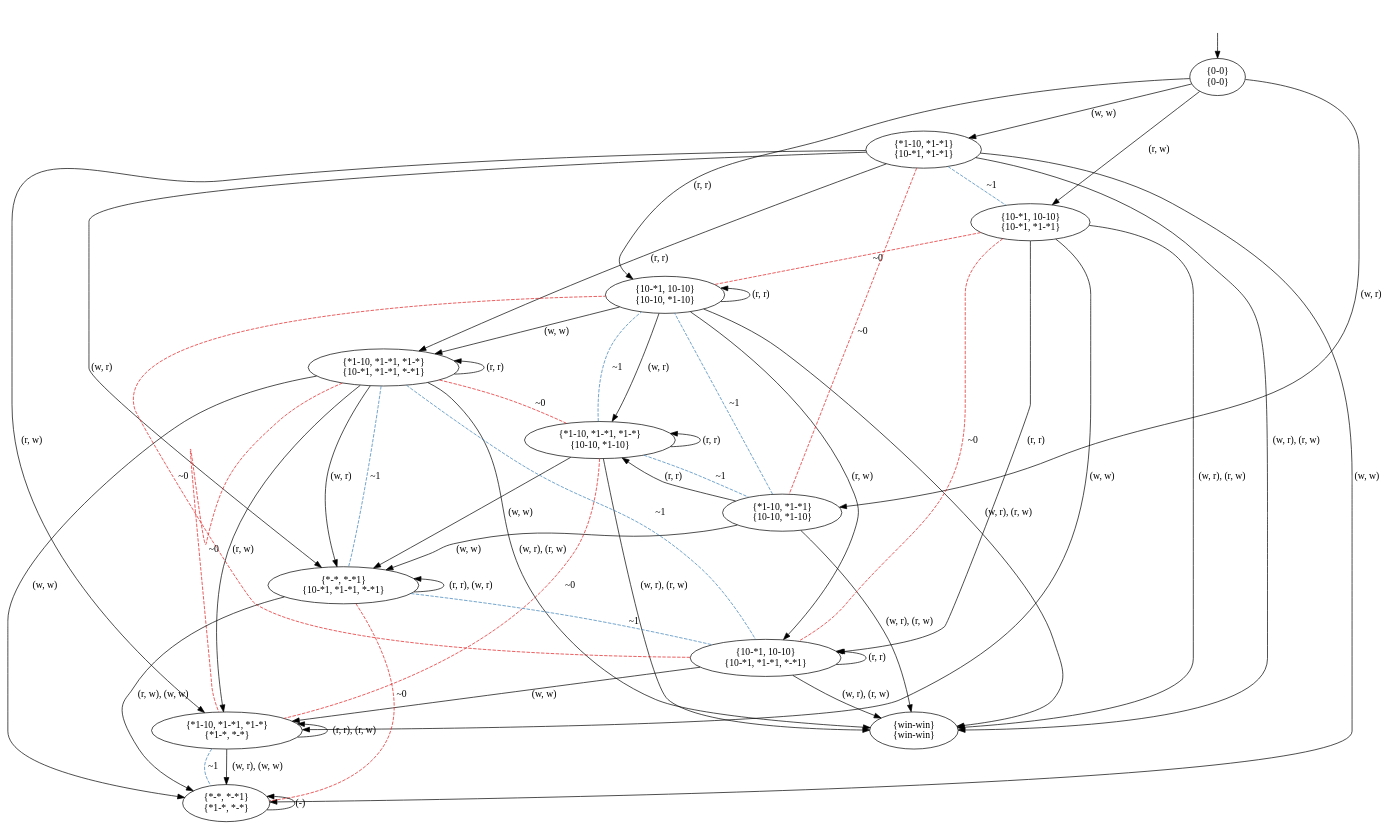
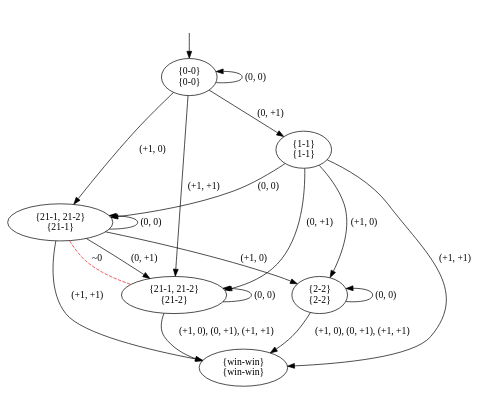
One commit to olandr/mkbsc changed the diagram in pictures/GK2.dot. Above: the diagram before and after it, drawn with Graphviz. The commit also changed 6 other files, not shown here.

```diff
--- a/pictures/GK2.dot
+++ b/pictures/GK2.dot
@@ -1,72 +1,31 @@
 digraph  {
 concentrate=False;
 nodesep=0.5;
 ranksep=0.5;
 splines=True;
-4579909472 [label="{0-0}\n{0-0}"];
-4579909584 [label="{10-*1, 10-10}\n{10-10, *1-10}"];
-4579907008 [label="{*1-10, *1-*1}\n{10-10, *1-10}"];
-4579909024 [label="{10-*1, 10-10}\n{10-*1, *1-*1}"];
-4579907848 [label="{*1-10, *1-*1}\n{10-*1, *1-*1}"];
-4579908632 [label="{win-win}\n{win-win}"];
-4579907232 [label="{*1-10, *1-*1, *1-*}\n{10-10, *1-10}"];
-4579908800 [label="{10-*1, 10-10}\n{10-*1, *1-*1, *-*1}"];
-4579909136 [label="{*1-10, *1-*1, *1-*}\n{10-*1, *1-*1, *-*1}"];
-4579907512 [label="{*-*, *-*1}\n{10-*1, *1-*1, *-*1}"];
-4577150008 [label="{*1-10, *1-*1, *1-*}\n{*1-*, *-*}"];
-4579893824 [label="{*-*, *-*1}\n{*1-*, *-*}"];
+4477557112 [label="{0-0}\n{0-0}"];
+4477558176 [label="{21-1, 21-2}\n{21-1}"];
+4477556440 [label="{1-1}\n{1-1}"];
+4477555824 [label="{21-1, 21-2}\n{21-2}"];
+4477557728 [label="{2-2}\n{2-2}"];
+4477555768 [label="{win-win}\n{win-win}"];
 hidden [label="", shape=none];
-4579909472 -> 4579909584  [action="('r', 'r')", key="('r', 'r')", label="(r, r)"];
-4579909472 -> 4579907008  [action="('w', 'r')", key="('w', 'r')", label="(w, r)"];
-4579909472 -> 4579909024  [action="('r', 'w')", key="('r', 'w')", label="(r, w)"];
-4579909472 -> 4579907848  [action="('w', 'w')", key="('w', 'w')", label="(w, w)"];
-4579909584 -> 4579909584  [action="('r', 'r')", dir=back, key="('r', 'r')", label="(r, r)"];
-4579909584 -> 4579907232  [action="('w', 'r')", key="('w', 'r')", label="(w, r)"];
-4579909584 -> 4579908800  [action="('r', 'w')", key="('r', 'w')", label="(r, w)"];
-4579909584 -> 4579909136  [action="('w', 'w')", key="('w', 'w')", label="(w, w)"];
-4579909584 -> 4579908632  [action="(('w', 'r'), ('r', 'w'))", key="(('w', 'r'), ('r', 'w'))", label="(w, r), (r, w)"];
-4579907008 -> 4579907232  [action="('r', 'r')", key="('r', 'r')", label="(r, r)"];
-4579907008 -> 4579907512  [action="('w', 'w')", key="('w', 'w')", label="(w, w)"];
-4579907008 -> 4579908632  [action="(('w', 'r'), ('r', 'w'))", key="(('w', 'r'), ('r', 'w'))", label="(w, r), (r, w)"];
-4579907008 -> 4579909584  [arrowhead=none, color=2, colorscheme=set19, constraint=True, key=0, label="~1", style=dashed];
-4579909024 -> 4579908800  [action="('r', 'r')", key="('r', 'r')", label="(r, r)"];
-4579909024 -> 4579908800  [arrowhead=none, color=1, colorscheme=set19, constraint=True, key=1, label="~0", style=dashed];
-4579909024 -> 4577150008  [action="('w', 'w')", key="('w', 'w')", label="(w, w)"];
-4579909024 -> 4579908632  [action="(('w', 'r'), ('r', 'w'))", key="(('w', 'r'), ('r', 'w'))", label="(w, r), (r, w)"];
-4579909024 -> 4579909584  [arrowhead=none, color=1, colorscheme=set19, constraint=True, key=0, label="~0", style=dashed];
-4579907848 -> 4579909136  [action="('r', 'r')", key="('r', 'r')", label="(r, r)"];
-4579907848 -> 4579907512  [action="('w', 'r')", key="('w', 'r')", label="(w, r)"];
-4579907848 -> 4577150008  [action="('r', 'w')", key="('r', 'w')", label="(r, w)"];
-4579907848 -> 4579893824  [action="('w', 'w')", key="('w', 'w')", label="(w, w)"];
-4579907848 -> 4579908632  [action="(('w', 'r'), ('r', 'w'))", key="(('w', 'r'), ('r', 'w'))", label="(w, r), (r, w)"];
-4579907848 -> 4579907008  [arrowhead=none, color=1, colorscheme=set19, constraint=True, key=0, label="~0", style=dashed];
-4579907848 -> 4579909024  [arrowhead=none, color=2, colorscheme=set19, constraint=True, key=0, label="~1", style=dashed];
-4579907232 -> 4579907232  [action="('r', 'r')", dir=back, key="('r', 'r')", label="(r, r)"];
-4579907232 -> 4579907512  [action="('w', 'w')", key="('w', 'w')", label="(w, w)"];
-4579907232 -> 4579908632  [action="(('w', 'r'), ('r', 'w'))", key="(('w', 'r'), ('r', 'w'))", label="(w, r), (r, w)"];
-4579907232 -> 4577150008  [arrowhead=none, color=1, colorscheme=set19, constraint=True, key=0, label="~0", style=dashed];
-4579907232 -> 4579907008  [arrowhead=none, color=2, colorscheme=set19, constraint=True, key=0, label="~1", style=dashed];
-4579907232 -> 4579909584  [arrowhead=none, color=2, colorscheme=set19, constraint=True, key=0, label="~1", style=dashed];
-4579908800 -> 4579908800  [action="('r', 'r')", dir=back, key="('r', 'r')", label="(r, r)"];
-4579908800 -> 4577150008  [action="('w', 'w')", key="('w', 'w')", label="(w, w)"];
-4579908800 -> 4579908632  [action="(('w', 'r'), ('r', 'w'))", key="(('w', 'r'), ('r', 'w'))", label="(w, r), (r, w)"];
-4579908800 -> 4579909584  [arrowhead=none, color=1, colorscheme=set19, constraint=True, key=0, label="~0", style=dashed];
-4579909136 -> 4579909136  [action="('r', 'r')", dir=back, key="('r', 'r')", label="(r, r)"];
-4579909136 -> 4579907512  [action="('w', 'r')", key="('w', 'r')", label="(w, r)"];
-4579909136 -> 4579907512  [arrowhead=none, color=2, colorscheme=set19, constraint=True, key=1, label="~1", style=dashed];
-4579909136 -> 4577150008  [action="('r', 'w')", key="('r', 'w')", label="(r, w)"];
-4579909136 -> 4577150008  [arrowhead=none, color=1, colorscheme=set19, constraint=True, key=1, label="~0", style=dashed];
-4579909136 -> 4579893824  [action="('w', 'w')", key="('w', 'w')", label="(w, w)"];
-4579909136 -> 4579908632  [action="(('w', 'r'), ('r', 'w'))", key="(('w', 'r'), ('r', 'w'))", label="(w, r), (r, w)"];
-4579909136 -> 4579907232  [arrowhead=none, color=1, colorscheme=set19, constraint=True, key=0, label="~0", style=dashed];
-4579909136 -> 4579908800  [arrowhead=none, color=2, colorscheme=set19, constraint=True, key=0, label="~1", style=dashed];
-4579907512 -> 4579907512  [action="(('r', 'r'), ('w', 'r'))", dir=back, key="(('r', 'r'), ('w', 'r'))", label="(r, r), (w, r)"];
-4579907512 -> 4579893824  [action="(('r', 'w'), ('w', 'w'))", key="(('r', 'w'), ('w', 'w'))", label="(r, w), (w, w)"];
-4579907512 -> 4579893824  [arrowhead=none, color=1, colorscheme=set19, constraint=True, key=1, label="~0", style=dashed];
-4579907512 -> 4579908800  [arrowhead=none, color=2, colorscheme=set19, constraint=True, key=0, label="~1", style=dashed];
-4577150008 -> 4577150008  [action="(('r', 'r'), ('r', 'w'))", dir=back, key="(('r', 'r'), ('r', 'w'))", label="(r, r), (r, w)"];
-4577150008 -> 4579893824  [action="(('w', 'r'), ('w', 'w'))", key="(('w', 'r'), ('w', 'w'))", label="(w, r), (w, w)"];
-4577150008 -> 4579893824  [arrowhead=none, color=2, colorscheme=set19, constraint=True, key=1, label="~1", style=dashed];
-4579893824 -> 4579893824  [action="(('r', 'r'), ('w', 'r'), ('r', 'w'), ('w', 'w'))", dir=back, key="(('r', 'r'), ('w', 'r'), ('r', 'w'), ('w', 'w'))", label="(-)"];
-hidden -> 4579909472  [key=0];
+4477557112 -> 4477557112  [action="('0', '0')", dir=back, key="('0', '0')", label="(0, 0)"];
+4477557112 -> 4477558176  [action="('+1', '0')", key="('+1', '0')", label="(+1, 0)"];
+4477557112 -> 4477556440  [action="('0', '+1')", key="('0', '+1')", label="(0, +1)"];
+4477557112 -> 4477555824  [action="('+1', '+1')", key="('+1', '+1')", label="(+1, +1)"];
+4477558176 -> 4477558176  [action="('0', '0')", dir=back, key="('0', '0')", label="(0, 0)"];
+4477558176 -> 4477557728  [action="('+1', '0')", key="('+1', '0')", label="(+1, 0)"];
+4477558176 -> 4477555824  [action="('0', '+1')", key="('0', '+1')", label="(0, +1)"];
+4477558176 -> 4477555824  [arrowhead=none, color=1, colorscheme=set19, constraint=True, key=1, label="~0", style=dashed];
+4477558176 -> 4477555768  [action="('+1', '+1')", key="('+1', '+1')", label="(+1, +1)"];
+4477556440 -> 4477558176  [action="('0', '0')", key="('0', '0')", label="(0, 0)"];
+4477556440 -> 4477557728  [action="('+1', '0')", key="('+1', '0')", label="(+1, 0)"];
+4477556440 -> 4477555824  [action="('0', '+1')", key="('0', '+1')", label="(0, +1)"];
+4477556440 -> 4477555768  [action="('+1', '+1')", key="('+1', '+1')", label="(+1, +1)"];
+4477555824 -> 4477555824  [action="('0', '0')", dir=back, key="('0', '0')", label="(0, 0)"];
+4477555824 -> 4477555768  [action="(('+1', '0'), ('0', '+1'), ('+1', '+1'))", key="(('+1', '0'), ('0', '+1'), ('+1', '+1'))", label="(+1, 0), (0, +1), (+1, +1)"];
+4477557728 -> 4477557728  [action="('0', '0')", dir=back, key="('0', '0')", label="(0, 0)"];
+4477557728 -> 4477555768  [action="(('+1', '0'), ('0', '+1'), ('+1', '+1'))", key="(('+1', '0'), ('0', '+1'), ('+1', '+1'))", label="(+1, 0), (0, +1), (+1, +1)"];
+hidden -> 4477557112  [key=0];
 }
```
